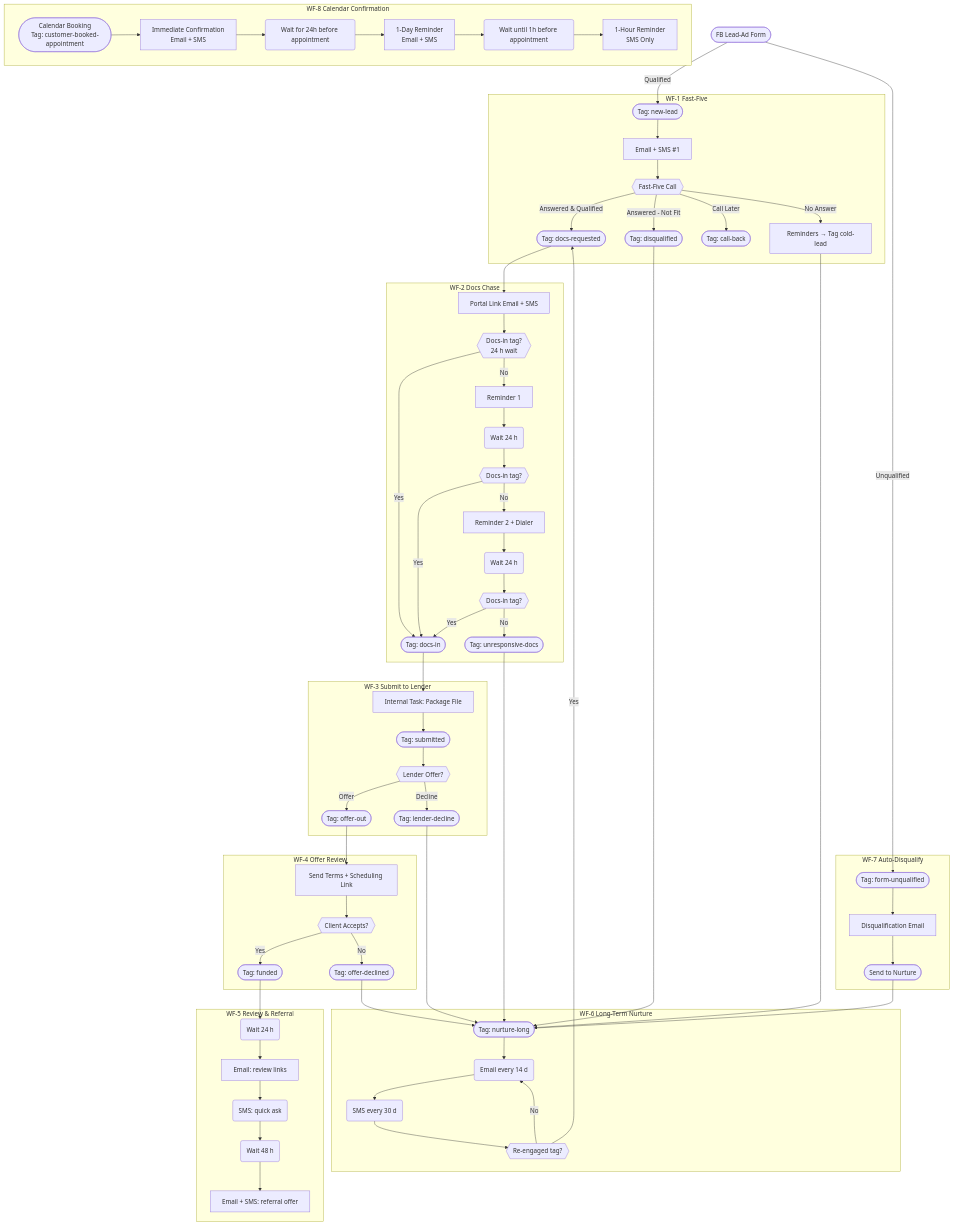
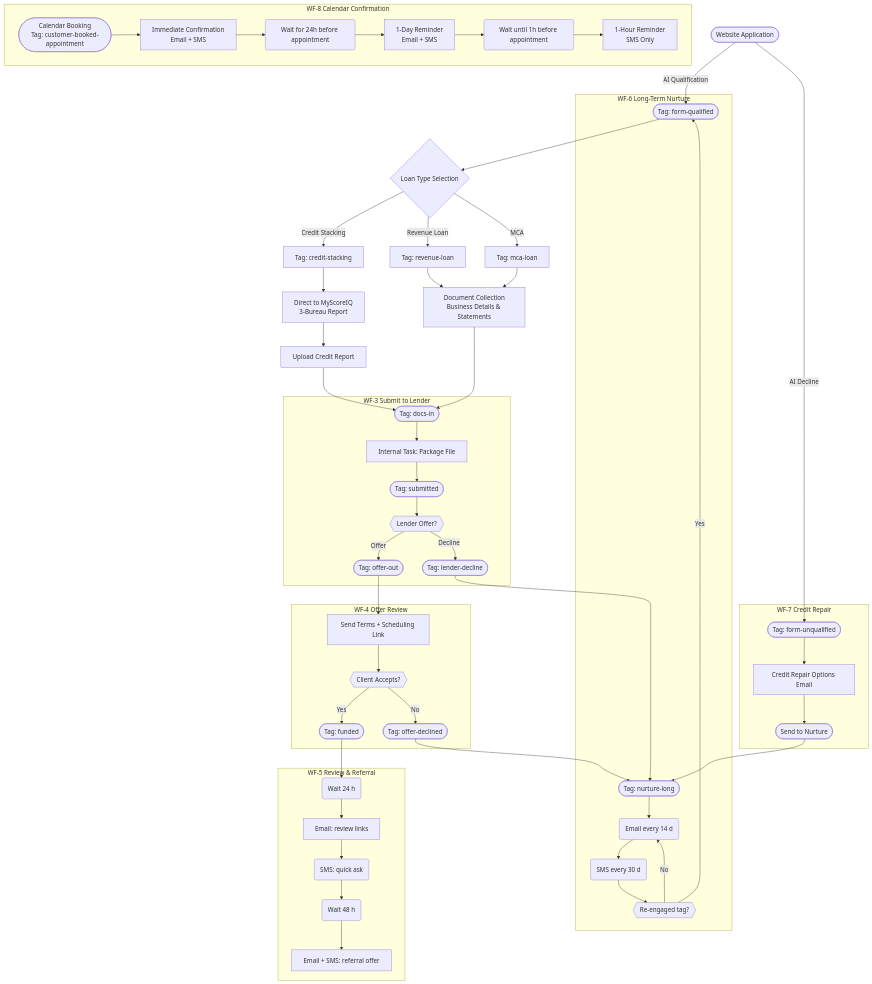
One commit to nidty719/nexli-ghl-workflows changed the diagram in readme.md. Above: the diagram before and after it, drawn with Mermaid. The commit also changed other lines of this file and 2 other files, not shown here.

Commit message:
update welcome email for pre approval funnel

````diff
--- a/readme.md
+++ b/readme.md
@@ -85,41 +89,32 @@
 ```mermaid
 graph TD;
     %% ---------- LEAD ENTRY POINT ----------
-    Z1([FB Lead-Ad Form])
-    Z1 -->|Qualified| A1([Tag: new-lead])
-    Z1 -->|Unqualified| A0([Tag: form-unqualified])
+    Z1([Website Application])
+    Z1 -->|AI Qualification| A1([Tag: form-qualified])
+    Z1 -->|AI Decline| A0([Tag: form-unqualified])
     
-    %% ---------- WF-7 AUTO-DISQUALIFY ----------
-    subgraph AutoDisqualify["WF-7 Auto-Disqualify"]
-        A0 --> A0a[Disqualification Email]
+    %% ---------- LOAN TYPE SELECTION ----------
+    A1 --> LT{Loan Type Selection}
+    LT -->|Credit Stacking| CS[Tag: credit-stacking]
+    LT -->|Revenue Loan| RL[Tag: revenue-loan]
+    LT -->|MCA| MCA[Tag: mca-loan]
+    
+    CS --> CSP[Direct to MyScoreIQ<br/>3-Bureau Report]
+    RL --> DOC[Document Collection<br/>Business Details & Statements]
+    MCA --> DOC
+    CSP --> DOC2[Upload Credit Report]
+    DOC --> DI([Tag: docs-in])
+    DOC2 --> DI
+    
+    %% ---------- WF-7 CREDIT REPAIR ----------
+    subgraph CreditRepair["WF-7 Credit Repair"]
+        A0 --> A0a[Credit Repair Options Email]
         A0a --> A0b([Send to Nurture])
     end
     
-    %% ---------- WF-1 FAST-FIVE ----------
-    subgraph FastFive["WF-1 Fast-Five"]
-        A1 --> A2[Email + SMS #1]
-        A2 --> A3{{Fast-Five Call}}
-        A3 -->|Answered & Qualified| A5([Tag: docs-requested])
-        A3 -->|Answered - Not Fit| A6([Tag: disqualified])
-        A3 -->|Call Later| A7([Tag: call-back])
-        A3 -->|No Answer| A9[Reminders → Tag cold-lead]
-    end
-
-    %% ---------- WF-2 DOCS CHASE ----------
-    subgraph DocsChase["WF-2 Docs Chase"]
-        A5 --> B1[Portal Link Email + SMS]
-        B1 --> B2{{Docs-in tag?<br/>24 h wait}}
-        B2 -->|Yes| B8([Tag: docs-in])
-        B2 -->|No| R1[Reminder 1] --> W1(Wait 24 h) --> B3{{Docs-in tag?}}
-        B3 -->|Yes| B8
-        B3 -->|No| R2[Reminder 2 + Dialer] --> W2(Wait 24 h) --> B4{{Docs-in tag?}}
-        B4 -->|Yes| B8
-        B4 -->|No| B5([Tag: unresponsive-docs])
-    end
-
     %% ---------- WF-3 SUBMIT TO LENDER ----------
     subgraph Submit["WF-3 Submit to Lender"]
-        B8 --> C1[Internal Task: Package File]
+        DI --> C1[Internal Task: Package File]
         C1 --> C2([Tag: submitted])
         C2 --> C3{{Lender Offer?}}
         C3 -->|Offer| C4([Tag: offer-out])
@@ -146,15 +141,12 @@
     %% ---------- WF-6 LONG-TERM NURTURE ----------
     subgraph Nurture["WF-6 Long-Term Nurture"]
         A0b --> N1([Tag: nurture-long])
-        A6 --> N1
-        A9 --> N1
-        B5 --> N1
         C5 --> N1
         D4 --> N1
         N1 --> N2(Email every 14 d)
         N2 --> N3(SMS every 30 d)
         N3 --> N4{{Re-engaged tag?}}
-        N4 -->|Yes| A5
+        N4 -->|Yes| A1
         N4 -->|No| N2
     end
     
````
